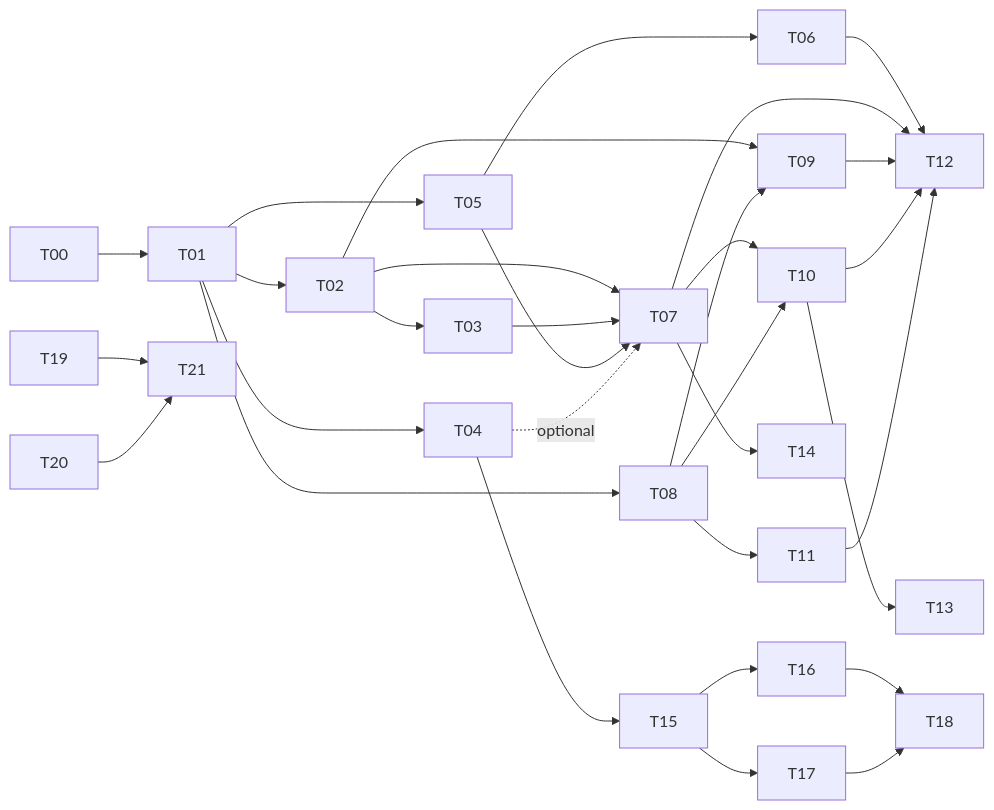
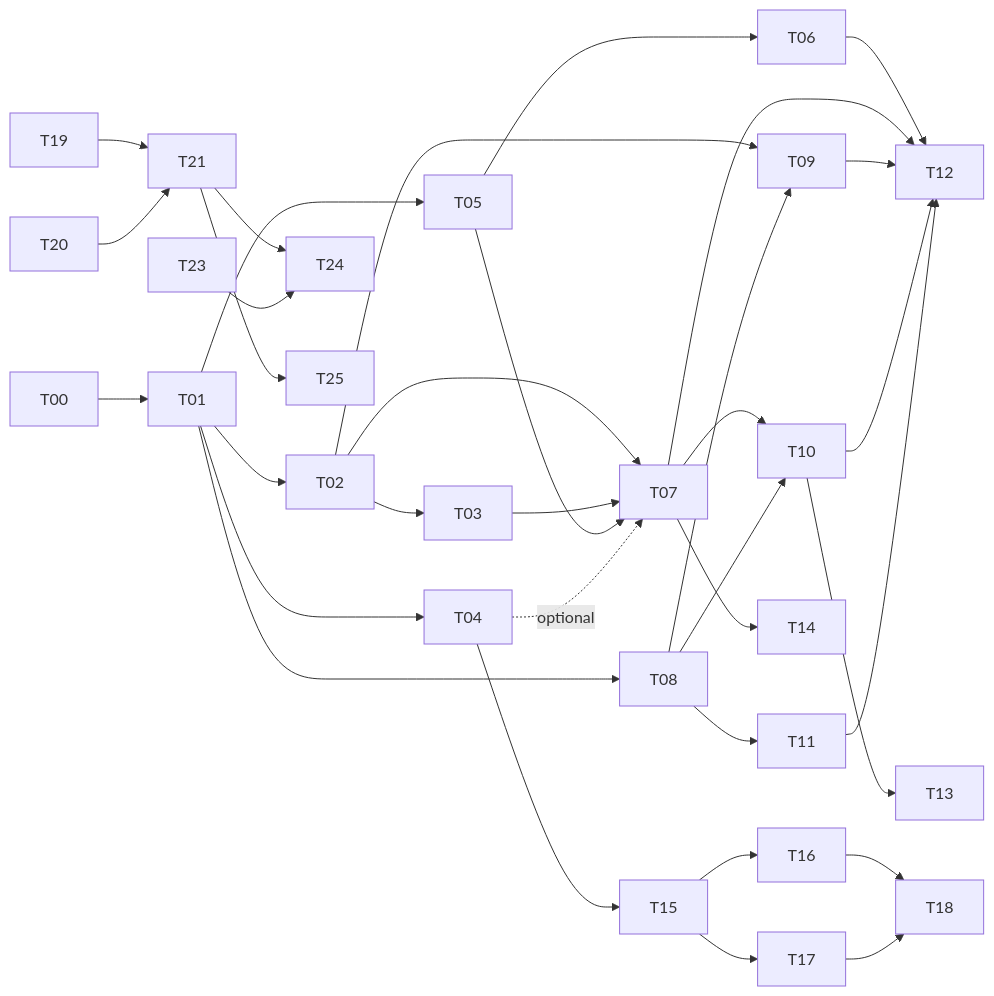
The diagram in tickets/README.md (ankur-paul/schedule-optimizer), drawn with Mermaid before and after one commit. The commit also changed other lines of this file and 9 other files, not shown here.

````diff
--- a/tickets/README.md
+++ b/tickets/README.md
@@ -73,19 +77,21 @@
 ```mermaid
 graph LR
   T00 --> T01
   T01 --> T02 & T04 & T05 & T08
   T02 --> T03
   T05 --> T06
   T02 & T03 & T05 --> T07
   T04 -.optional.-> T07
   T02 & T08 --> T09
   T07 & T08 --> T10
   T08 --> T11
   T06 & T07 & T09 & T10 & T11 --> T12
   T10 --> T13
   T07 --> T14
   T04 --> T15
   T15 --> T16 & T17
   T16 & T17 --> T18
   T19 & T20 --> T21
+  T21 & T23 --> T24
+  T21 --> T25
 ```
````
